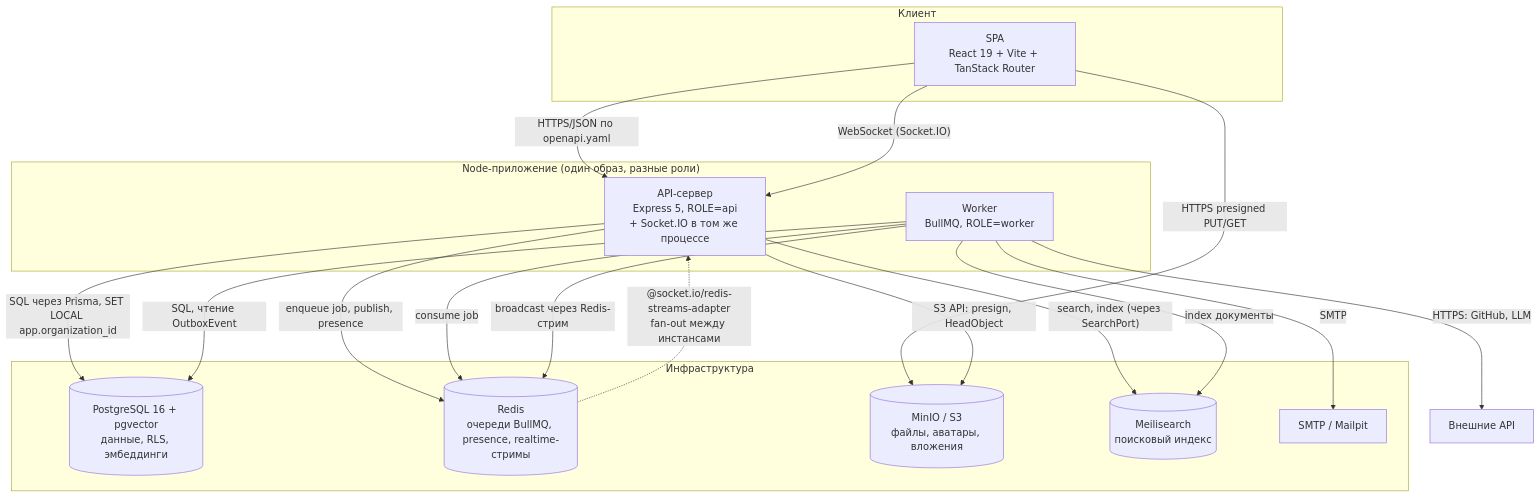
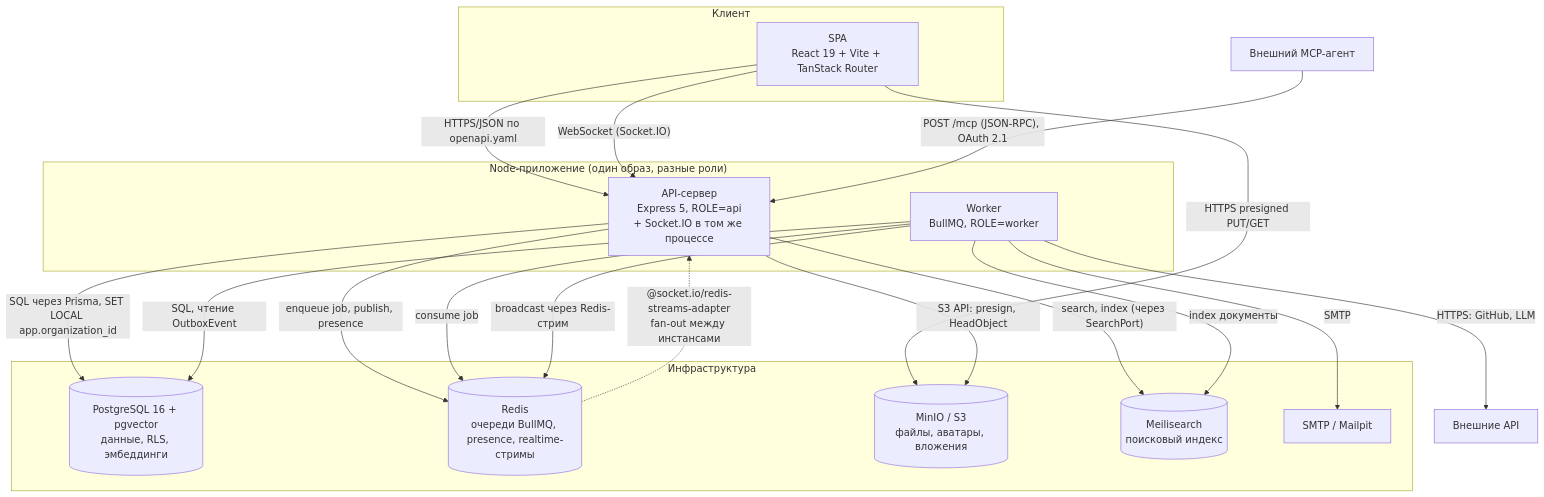
The second of 10 diagrams in docs/architecture/overview.md (code0verdose/bad-crm), drawn with Mermaid before and after one commit. The commit also changed other lines of this file and 19 other files, not shown here.

````diff
--- a/docs/architecture/overview.md
+++ b/docs/architecture/overview.md
@@ -91,37 +97,38 @@
 ```mermaid
 flowchart TB
     subgraph client_side["Клиент"]
         spa["SPA<br/>React 19 + Vite + TanStack Router"]
     end
 
     subgraph node_app["Node-приложение (один образ, разные роли)"]
         api["API-сервер<br/>Express 5, ROLE=api<br/>+ Socket.IO в том же процессе"]
         worker["Worker<br/>BullMQ, ROLE=worker"]
     end
 
     subgraph infra["Инфраструктура"]
         pg[("PostgreSQL 16 + pgvector<br/>данные, RLS, эмбеддинги")]
         redis[("Redis<br/>очереди BullMQ, presence, realtime-стримы")]
         minio[("MinIO / S3<br/>файлы, аватары, вложения")]
         meili[("Meilisearch<br/>поисковый индекс")]
         smtp["SMTP / Mailpit"]
     end
 
     spa -->|"HTTPS/JSON по openapi.yaml"| api
     spa -->|"WebSocket (Socket.IO)"| api
+    mcpclient["Внешний MCP-агент"] -->|"POST /mcp (JSON-RPC), OAuth 2.1"| api
     spa -->|"HTTPS presigned PUT/GET"| minio
 
     api -->|"SQL через Prisma, SET LOCAL app.organization_id"| pg
     api -->|"enqueue job, publish, presence"| redis
     api -->|"S3 API: presign, HeadObject"| minio
     api -->|"search, index (через SearchPort)"| meili
 
     worker -->|"SQL, чтение OutboxEvent"| pg
     worker -->|"consume job"| redis
     worker -->|"index документы"| meili
     worker -->|"SMTP"| smtp
     worker -->|"broadcast через Redis-стрим"| redis
     worker -->|"HTTPS: GitHub, LLM"| ext["Внешние API"]
 
     redis -.->|"@socket.io/redis-streams-adapter<br/>fan-out между инстансами"| api
 ```
````
